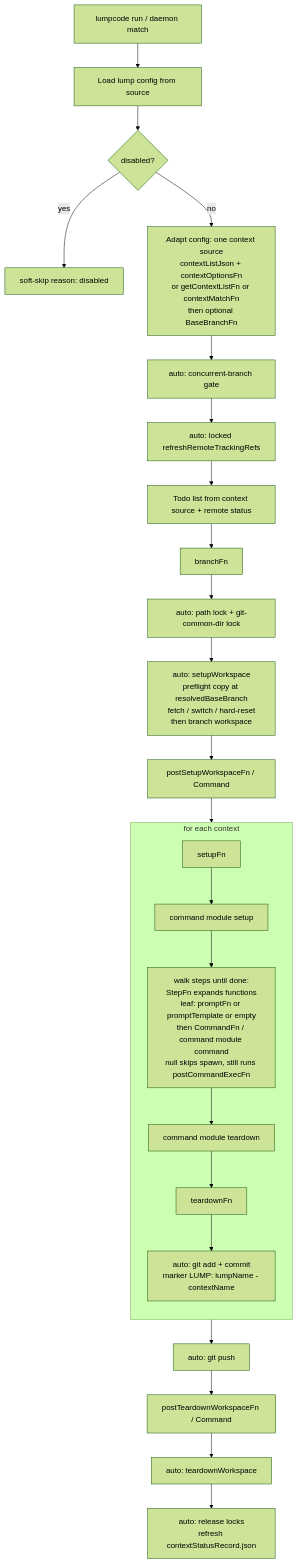
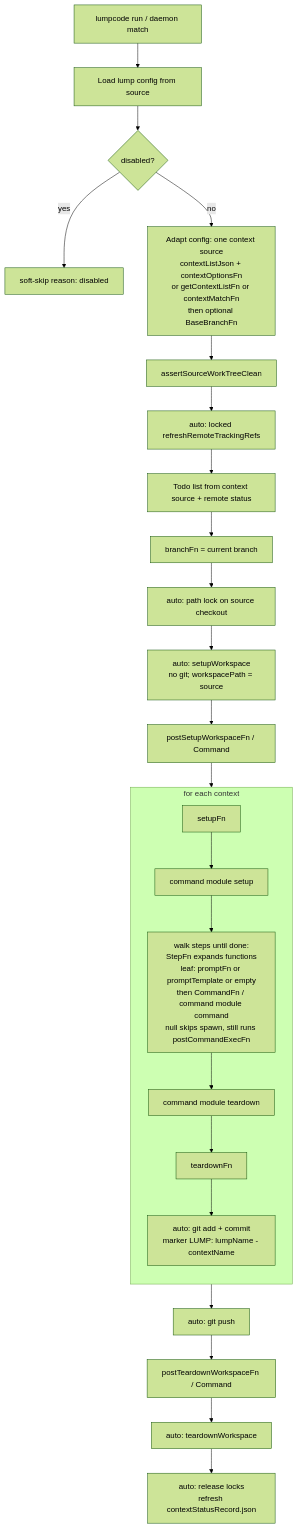
The first of 5 diagrams in packages/apps/cli/DOCS/advanced-config.md (lumpcode/lumpcode), drawn with Mermaid (forest theme) before and after one commit. The commit also changed other lines of this file and 59 other files, not shown here.

````diff
--- a/packages/apps/cli/DOCS/advanced-config.md
+++ b/packages/apps/cli/DOCS/advanced-config.md
@@ -37,29 +37,29 @@
 ```mermaid
 flowchart TD
   start["lumpcode run / daemon match"] --> load["Load lump config from source"]
   load --> disabled{"disabled?"}
   disabled -->|yes| skip["soft-skip reason: disabled"]
   disabled -->|no| adapt["Adapt config: one context source<br/>contextListJson + contextOptionsFn<br/>or getContextListFn or contextMatchFn<br/>then optional BaseBranchFn"]
-  adapt --> gate["auto: concurrent-branch gate"]
-  gate --> refresh["auto: locked refreshRemoteTrackingRefs"]
+  adapt --> clean["assertSourceWorkTreeClean"]
+  clean --> refresh["auto: locked refreshRemoteTrackingRefs"]
   refresh --> todo["Todo list from context source + remote status"]
-  todo --> branchFn["branchFn"]
-  branchFn --> locks["auto: path lock + git-common-dir lock"]
-  locks --> setup["auto: setupWorkspace<br/>preflight copy at resolvedBaseBranch<br/>fetch / switch / hard-reset<br/>then branch workspace"]
+  todo --> branchFn["branchFn = current branch"]
+  branchFn --> locks["auto: path lock on source checkout"]
+  locks --> setup["auto: setupWorkspace<br/>no git; workspacePath = source"]
   setup --> postSetup["postSetupWorkspaceFn / Command"]
   postSetup --> setupFn
 
   subgraph perContext ["for each context"]
     direction TD
     setupFn["setupFn"] --> cmdSetup["command module setup"]
     cmdSetup --> walk["walk steps until done:<br/>StepFn expands functions<br/>leaf: promptFn or promptTemplate or empty<br/>then CommandFn / command module command<br/>null skips spawn, still runs postCommandExecFn"]
     walk --> cmdTd["command module teardown"]
     cmdTd --> tdFn["teardownFn"]
     tdFn --> git["auto: git add + commit<br/>marker LUMP: lumpName - contextName"]
   end
 
   git --> push["auto: git push"]
   push --> postTd["postTeardownWorkspaceFn / Command"]
   postTd --> teardownWs["auto: teardownWorkspace"]
   teardownWs --> unlock["auto: release locks<br/>refresh contextStatusRecord.json"]
 ```
````
